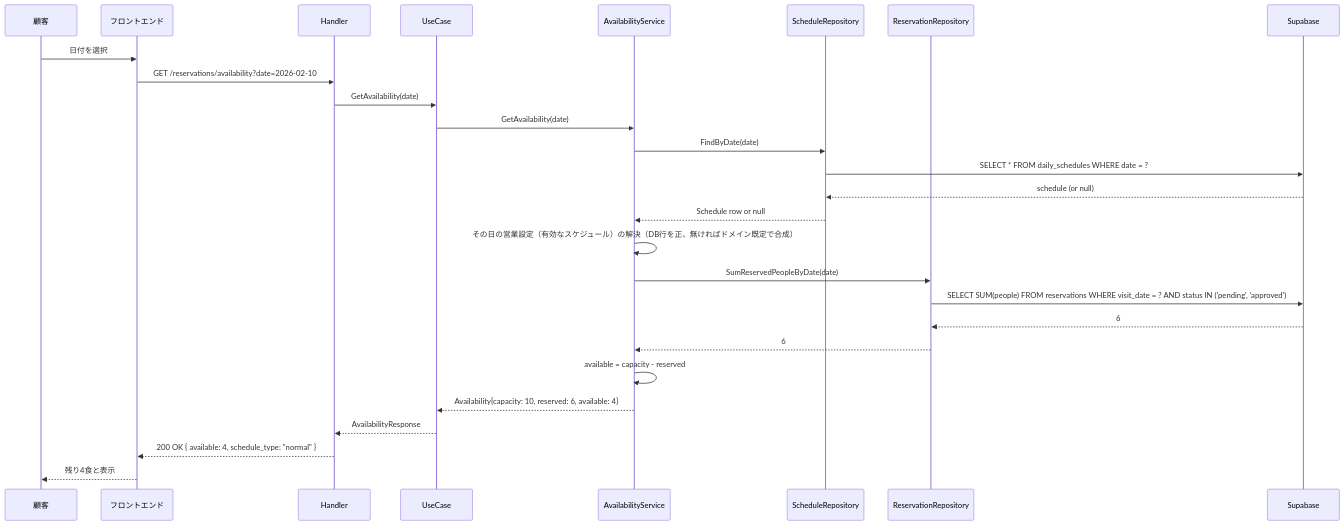
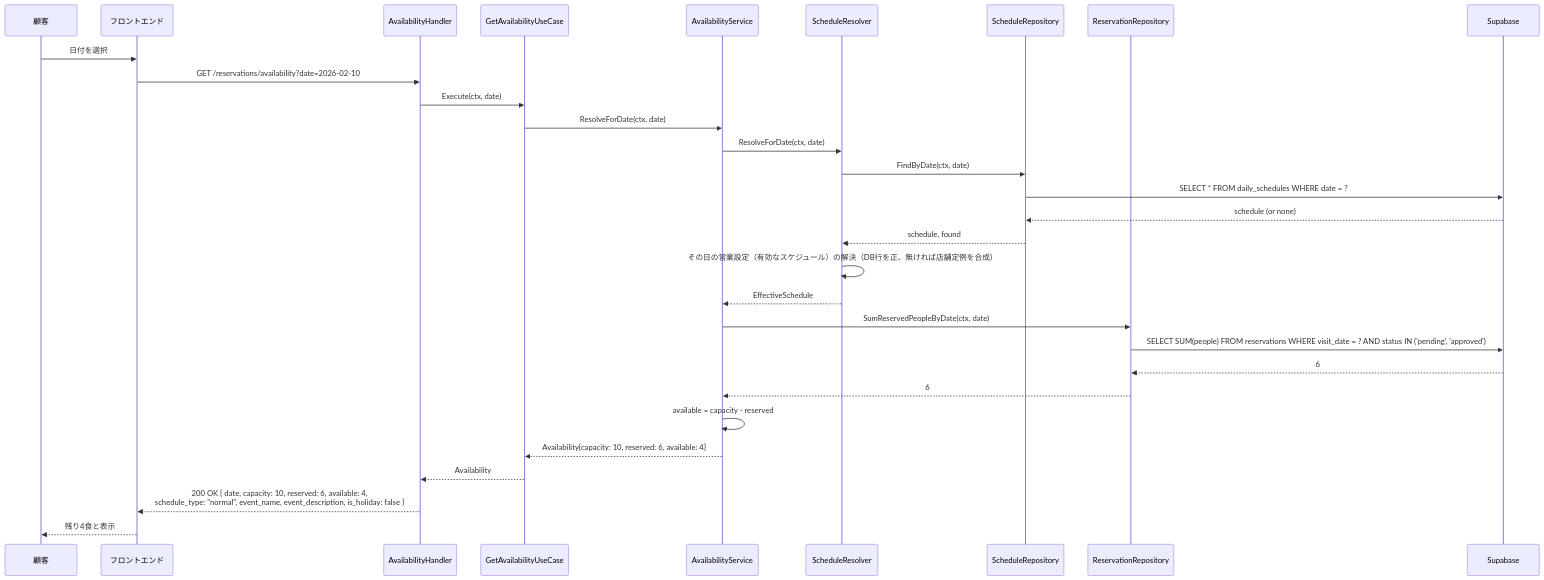
One commit to cergijame101007/satehits changed the first of 15 diagrams in docs/sequence.md. Above: the diagram before and after it, drawn with Mermaid. The commit also changed other lines of this file and 5 other files, not shown here.

````diff
--- a/docs/sequence.md
+++ b/docs/sequence.md
@@ -5,36 +5,39 @@
 ```mermaid
 sequenceDiagram
     participant Customer as 顧客
     participant Frontend as フロントエンド
-    participant Handler as Handler
-    participant UseCase as UseCase
+    participant Handler as AvailabilityHandler
+    participant UseCase as GetAvailabilityUseCase
     participant AvailService as AvailabilityService
+    participant Resolver as ScheduleResolver
     participant ScheduleRepo as ScheduleRepository
     participant ReservationRepo as ReservationRepository
     participant DB as Supabase
 
     Customer->>Frontend: 日付を選択
     Frontend->>Handler: GET /reservations/availability?date=2026-02-10
-    Handler->>UseCase: GetAvailability(date)
+    Handler->>UseCase: Execute(ctx, date)
     
-    UseCase->>AvailService: GetAvailability(date)
+    UseCase->>AvailService: ResolveForDate(ctx, date)
     
-    AvailService->>ScheduleRepo: FindByDate(date)
+    AvailService->>Resolver: ResolveForDate(ctx, date)
+    Resolver->>ScheduleRepo: FindByDate(ctx, date)
     ScheduleRepo->>DB: SELECT * FROM daily_schedules WHERE date = ?
-    DB-->>ScheduleRepo: schedule (or null)
-    ScheduleRepo-->>AvailService: Schedule row or null
+    DB-->>ScheduleRepo: schedule (or none)
+    ScheduleRepo-->>Resolver: schedule, found
     
-    AvailService->>AvailService: その日の営業設定（有効なスケジュール）の解決（DB行を正、無ければドメイン既定で合成）
+    Resolver->>Resolver: その日の営業設定（有効なスケジュール）の解決（DB行を正、無ければ店舗定例を合成）
+    Resolver-->>AvailService: EffectiveSchedule
     
-    AvailService->>ReservationRepo: SumReservedPeopleByDate(date)
+    AvailService->>ReservationRepo: SumReservedPeopleByDate(ctx, date)
     ReservationRepo->>DB: SELECT SUM(people) FROM reservations WHERE visit_date = ? AND status IN ('pending', 'approved')
     DB-->>ReservationRepo: 6
     ReservationRepo-->>AvailService: 6
     
     AvailService->>AvailService: available = capacity - reserved
     AvailService-->>UseCase: Availability{capacity: 10, reserved: 6, available: 4}
     
-    UseCase-->>Handler: AvailabilityResponse
-    Handler-->>Frontend: 200 OK { available: 4, schedule_type: "normal" }
+    UseCase-->>Handler: Availability
+    Handler-->>Frontend: 200 OK { date, capacity: 10, reserved: 6, available: 4,<br/>schedule_type: "normal", event_name, event_description, is_holiday: false }
     Frontend-->>Customer: 残り4食と表示
 ```
````
